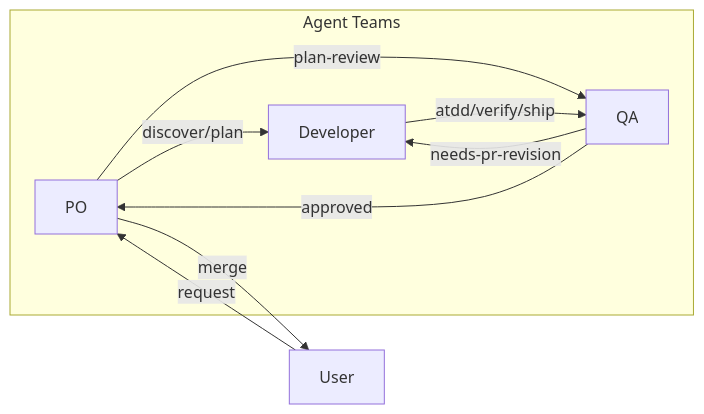
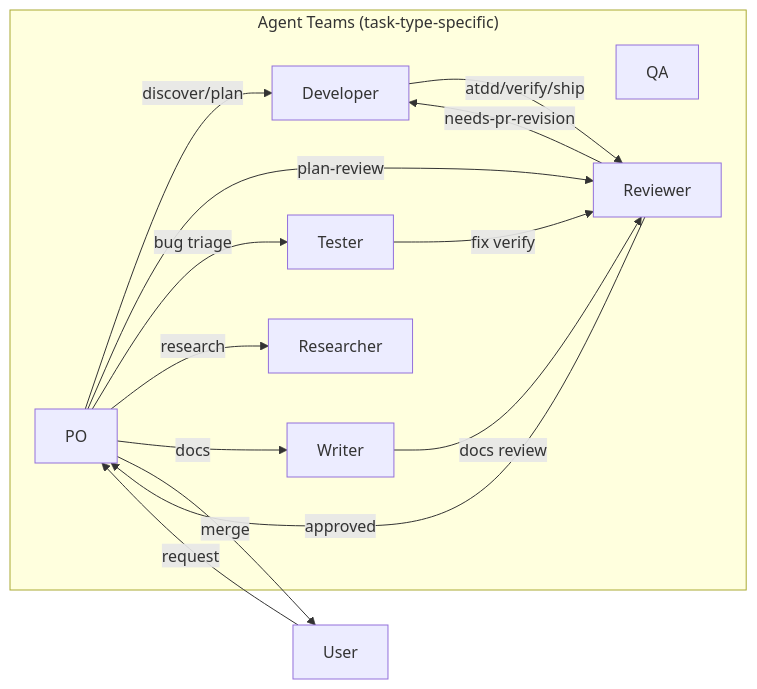
The first of 4 diagrams in docs/workflow-detail.md (o3-ozono/atdd-kit), drawn with Mermaid before and after one commit. The commit also changed other lines of this file and 8 other files, not shown here.

````diff
--- a/docs/workflow-detail.md
+++ b/docs/workflow-detail.md
@@ -101,16 +103,25 @@
 ```mermaid
 graph LR
-    subgraph "Agent Teams"
+    subgraph "Agent Teams (task-type-specific)"
         PO["PO"]
         D["Developer"]
         Q["QA"]
+        T["Tester"]
+        R["Reviewer"]
+        RS["Researcher"]
+        W["Writer"]
     end
 
     U["User"] -- "request" --> PO
     PO -- "discover/plan" --> D
-    PO -- "plan-review" --> Q
-    D -- "atdd/verify/ship" --> Q
-    Q -- "needs-pr-revision" --> D
-    Q -- "approved" --> PO
+    PO -- "plan-review" --> R
+    PO -- "bug triage" --> T
+    PO -- "research" --> RS
+    PO -- "docs" --> W
+    D -- "atdd/verify/ship" --> R
+    T -- "fix verify" --> R
+    W -- "docs review" --> R
+    R -- "needs-pr-revision" --> D
+    R -- "approved" --> PO
     PO -- "merge" --> U
 ```
````
